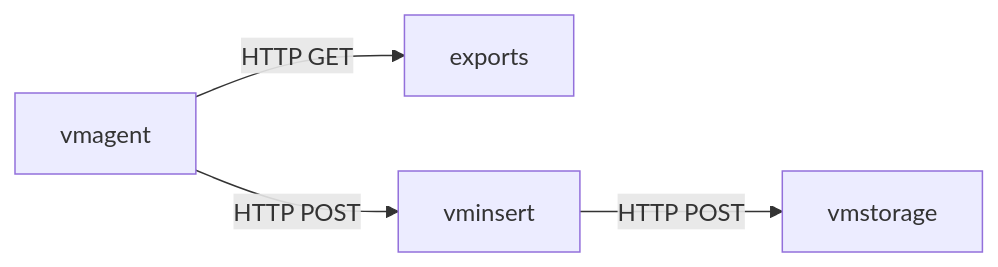
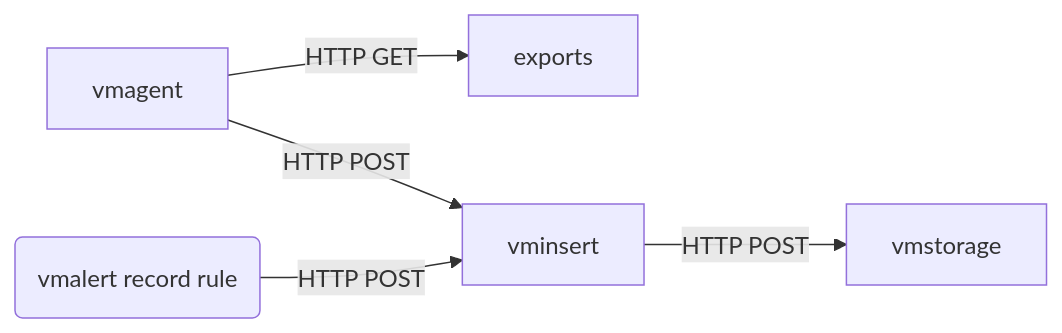
One commit to game-kustomize/victoriametrics changed the first of 2 diagrams in README.md. Above: the diagram before and after it, drawn with Mermaid. The commit also changed other lines of this file, not shown here.

Commit message:
document update

````diff
--- a/README.md
+++ b/README.md
@@ -15,6 +15,7 @@
 ```mermaid
 graph LR
-vmagent -- HTTP GET--> exports
-vmagent -- HTTP POST--> vminsert
-vminsert -- HTTP POST--> vmstorage
+vmagent -- HTTP GET --> exports
+vmagent -- HTTP POST --> vminsert
+vminsert -- HTTP POST --> vmstorage
+vmalert(vmalert record rule) -- HTTP POST --> vminsert
 ```
````
